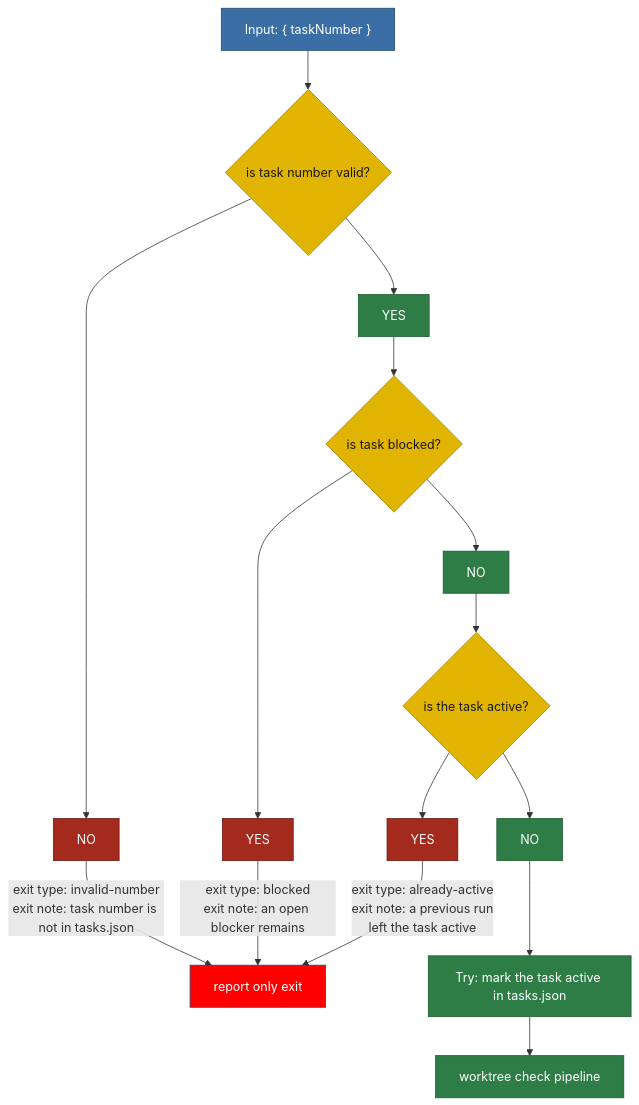
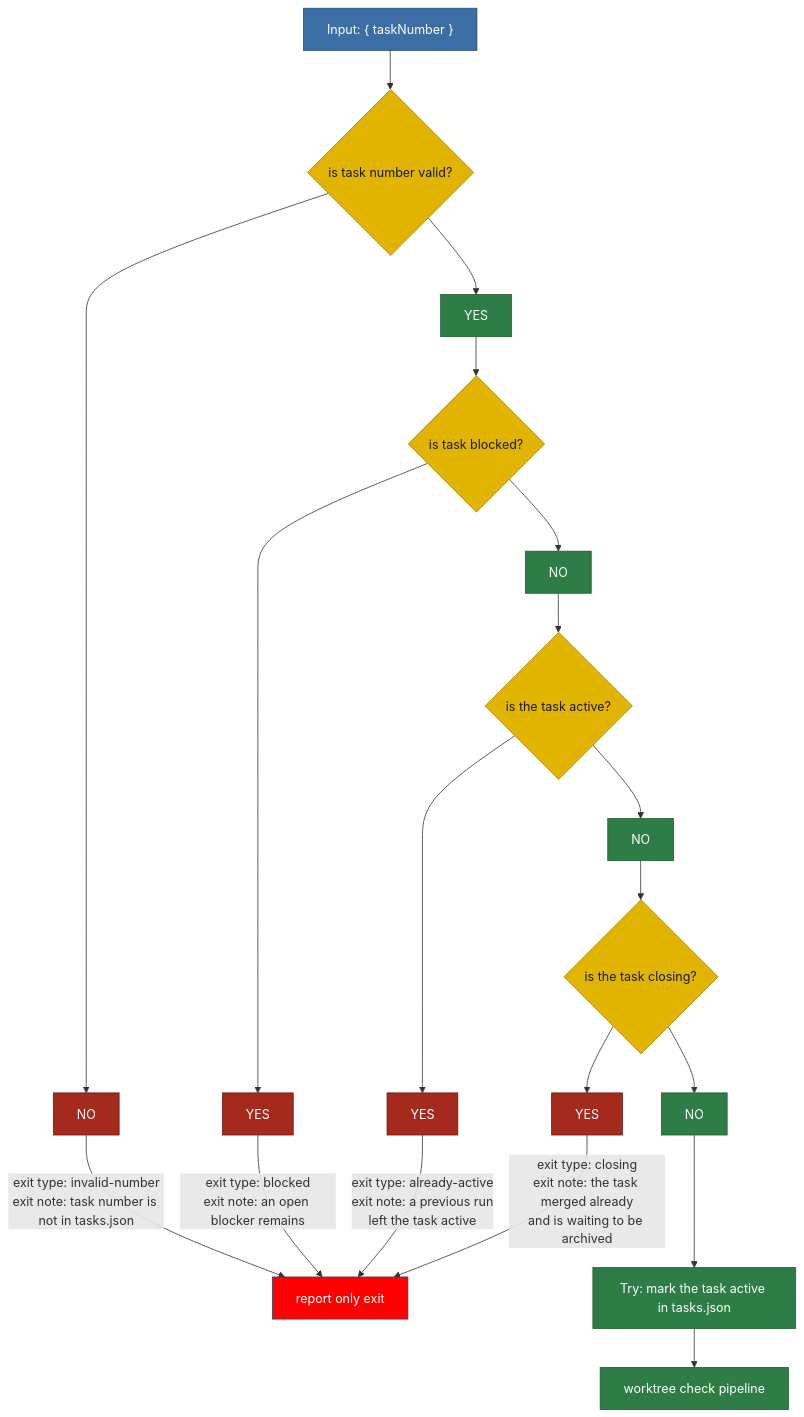
Before and after one commit to matkatmusic/taskTools: the diagram in plans/diagram/pipeline-preambleStatusCheck.mmd, drawn with Mermaid. The commit also changed 9 other files, not shown here.

Commit message:
updated pipeline diagrams after codex review #1

```diff
--- a/plans/diagram/pipeline-preambleStatusCheck.mmd
+++ b/plans/diagram/pipeline-preambleStatusCheck.mmd
@@ -1,57 +1,73 @@
 flowchart TB
 %% PREAMBLE STATUS CHECK. Split from pipeline-preamble.mmd. Starts at the task number.
 %% One job: decide whether this run is allowed to have the task, and take it.
 %% Ends with the task marked active, or with an exit.
 %% Rules that apply everywhere, not steps:
 %%   1. Every read and write of tasks.json is atomic.
 %%   2. A task stays unavailable to another run from "mark the task active" until its
-%%      archive lands. "is the task active?" and "mark the task active" are drawn as two
-%%      boxes but are one atomic read-modify-write of tasks.json under rule 1: nothing can
-%%      make the task active between the two.
-%%   3. All three exits here happen BEFORE "mark the task active", so there is no
-%%      run record to write to and nothing is held. All three take the report only
+%%      archive lands. "is the task active?", "is the task closing?" and "mark the task
+%%      active" are drawn as three boxes but are one atomic read-modify-write of
+%%      tasks.json under rule 1: nothing can change the task between them. See
+%%      claimTask in taskRunState.ts, which returns claimed, active or closing.
+%%   3. All four exits here happen BEFORE "mark the task active", so there is no
+%%      run record to write to and nothing is held. All four take the report only
 %%      exit. already-active must not touch the run it finds: that run belongs to
-%%      another invocation.
-%%   4. A script that fails operationally exits the run as run-failed. Before
+%%      another invocation. closing must not touch it either: another run merged
+%%      that task and is still archiving it.
+%%   4. "is the task closing?" means: the task is inactive, its newest ended run
+%%      exited completed, and it is still in tasks.json. That task merged already.
+%%      Running it again would redo published work. See the merge succeeded exit.
+%%   5. ACCEPTED GAP: "is task number valid?" and "is task blocked?" are read before
+%%      the atomic claim, not inside it. A human can add a blocker in that window and
+%%      the run will still take the task. We accept it: adding a blocker is a manual
+%%      act, the window is milliseconds, and the worst case is one extra completed
+%%      task. Widen the claim predicate only if this is ever observed.
+%%   6. A script that fails operationally exits the run as run-failed. Before
 %%      "mark the task active" that takes the report only exit; after it, the
 %%      failures exit. Neither is drawn as an edge: it can leave ANY green box.
 %% Exit types this pipeline can produce:
-%%   invalid-number     - not in tasks.json
+%%   invalid-number     - not in tasks.json. completedTasks.json is NOT consulted:
+%%                        finished work is not a task this skill can run.
 %%   blocked            - an open blocker remains
 %%   already-active     - a previous run left the task active
+%%   closing            - the task merged already and is waiting to be archived
 %%   run-failed         - a script failed operationally
 %% The active task this pipeline emits is the input to the worktree check pipeline.
 
   TASK_NUMBER_INPUT["Input: { taskNumber }"] --> IS_TASK_NUMBER_VALID
   IS_TASK_NUMBER_VALID{"is task number valid?"} --> IS_TASK_NUMBER_VALID_YES["YES"]
   IS_TASK_NUMBER_VALID --> IS_TASK_NUMBER_VALID_NO["NO"]
   IS_TASK_NUMBER_VALID_NO -- "exit type: invalid-number<br/>exit note: task number is not in tasks.json" --> REPORT_ONLY_EXIT
   IS_TASK_NUMBER_VALID_YES --> IS_TASK_BLOCKED{"is task blocked?"}
   IS_TASK_BLOCKED --> IS_TASK_BLOCKED_YES["YES"]
   IS_TASK_BLOCKED --> IS_TASK_BLOCKED_NO["NO"]
   IS_TASK_BLOCKED_YES -- "exit type: blocked<br/>exit note: an open blocker remains" --> REPORT_ONLY_EXIT
   IS_TASK_BLOCKED_NO --> IS_TASK_ACTIVE{"is the task active?"}
   IS_TASK_ACTIVE --> IS_TASK_ACTIVE_YES["YES"]
   IS_TASK_ACTIVE --> IS_TASK_ACTIVE_NO["NO"]
   IS_TASK_ACTIVE_YES -- "exit type: already-active<br/>exit note: a previous run<br/>left the task active" --> REPORT_ONLY_EXIT
-  IS_TASK_ACTIVE_NO --> MARK_TASK_ACTIVE["Try: mark the task active in tasks.json"]
+  IS_TASK_ACTIVE_NO --> IS_TASK_CLOSING{"is the task closing?"}
+  IS_TASK_CLOSING --> IS_TASK_CLOSING_YES["YES"]
+  IS_TASK_CLOSING --> IS_TASK_CLOSING_NO["NO"]
+  IS_TASK_CLOSING_YES -- "exit type: closing<br/>exit note: the task merged already<br/>and is waiting to be archived" --> REPORT_ONLY_EXIT
+  IS_TASK_CLOSING_NO --> MARK_TASK_ACTIVE["Try: mark the task active in tasks.json"]
   MARK_TASK_ACTIVE --> WORKTREE_CHECK_PIPELINE["worktree check pipeline"]
 
   REPORT_ONLY_EXIT["report only exit"]
 
   %% pass/nopass: green is the branch that keeps heading for the next pipeline,
   %% red is the branch that ends in an exit.
   classDef pipeline fill:#2f7d46,stroke:#1e5c31,color:#ffffff
   classDef script fill:#2f7d46,stroke:#1e5c31,color:#ffffff
   classDef decision fill:#e0b400,stroke:#a88600,color:#1a1a1a
   classDef output fill:#3b6ea5,stroke:#254a70,color:#ffffff
   classDef fail fill:red,stroke:#254a70,color:#ffffff
   classDef pass fill:#2f7d46,stroke:#1e5c31,color:#ffffff
   classDef nopass fill:#a52a1e,stroke:#6d1a12,color:#ffffff
-  class IS_TASK_NUMBER_VALID,IS_TASK_BLOCKED,IS_TASK_ACTIVE decision
+  class IS_TASK_NUMBER_VALID,IS_TASK_BLOCKED,IS_TASK_ACTIVE,IS_TASK_CLOSING decision
   class MARK_TASK_ACTIVE script
   class WORKTREE_CHECK_PIPELINE pipeline
-  class IS_TASK_NUMBER_VALID_YES,IS_TASK_BLOCKED_NO,IS_TASK_ACTIVE_NO pass
-  class IS_TASK_NUMBER_VALID_NO,IS_TASK_BLOCKED_YES,IS_TASK_ACTIVE_YES nopass
+  class IS_TASK_NUMBER_VALID_YES,IS_TASK_BLOCKED_NO,IS_TASK_ACTIVE_NO,IS_TASK_CLOSING_NO pass
+  class IS_TASK_NUMBER_VALID_NO,IS_TASK_BLOCKED_YES,IS_TASK_ACTIVE_YES,IS_TASK_CLOSING_YES nopass
   class REPORT_ONLY_EXIT fail
   class TASK_NUMBER_INPUT output
```
